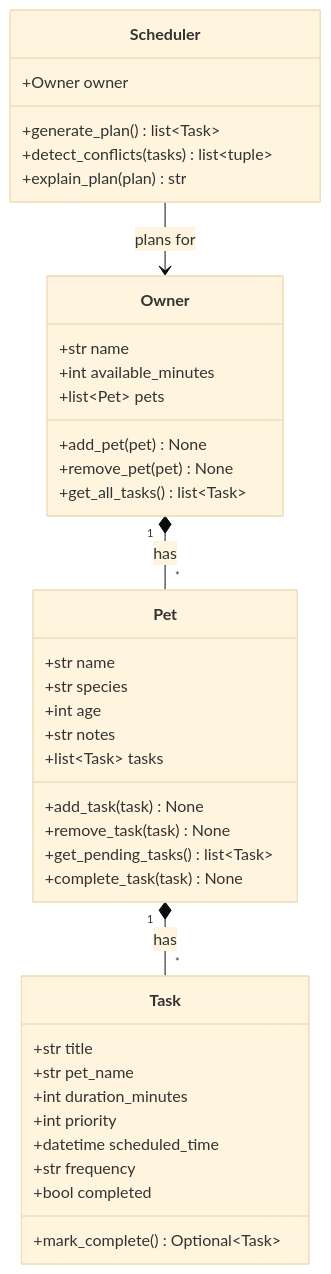
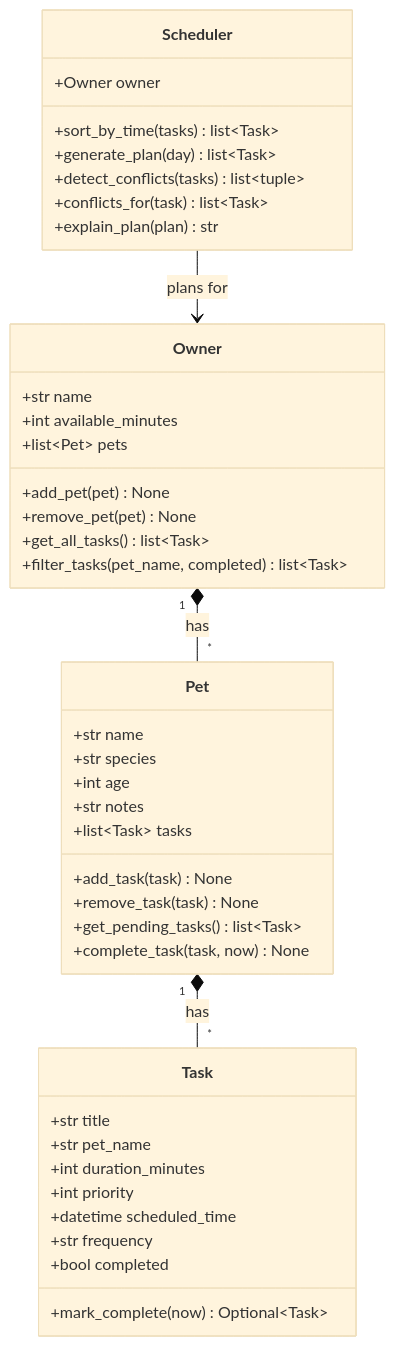
Before and after one commit to bior-m16/ai110-module2show-pawpal-starter: the diagram in diagrams/uml.mmd, drawn with Mermaid (base theme). The commit also changed 6 other files, not shown here.

```diff
--- a/diagrams/uml.mmd
+++ b/diagrams/uml.mmd
@@ -1,43 +1,46 @@
 classDiagram
     class Owner {
         +str name
         +int available_minutes
         +list~Pet~ pets
         +add_pet(pet) None
         +remove_pet(pet) None
         +get_all_tasks() list~Task~
+        +filter_tasks(pet_name, completed) list~Task~
     }
 
     class Pet {
         +str name
         +str species
         +int age
         +str notes
         +list~Task~ tasks
         +add_task(task) None
         +remove_task(task) None
         +get_pending_tasks() list~Task~
-        +complete_task(task) None
+        +complete_task(task, now) None
     }
 
     class Task {
         +str title
         +str pet_name
         +int duration_minutes
         +int priority
         +datetime scheduled_time
         +str frequency
         +bool completed
-        +mark_complete() Optional~Task~
+        +mark_complete(now) Optional~Task~
     }
 
     class Scheduler {
         +Owner owner
-        +generate_plan() list~Task~
+        +sort_by_time(tasks) list~Task~
+        +generate_plan(day) list~Task~
         +detect_conflicts(tasks) list~tuple~
+        +conflicts_for(task) list~Task~
         +explain_plan(plan) str
     }
 
     Owner "1" *-- "*" Pet : has
     Pet "1" *-- "*" Task : has
     Scheduler --> Owner : plans for
```
